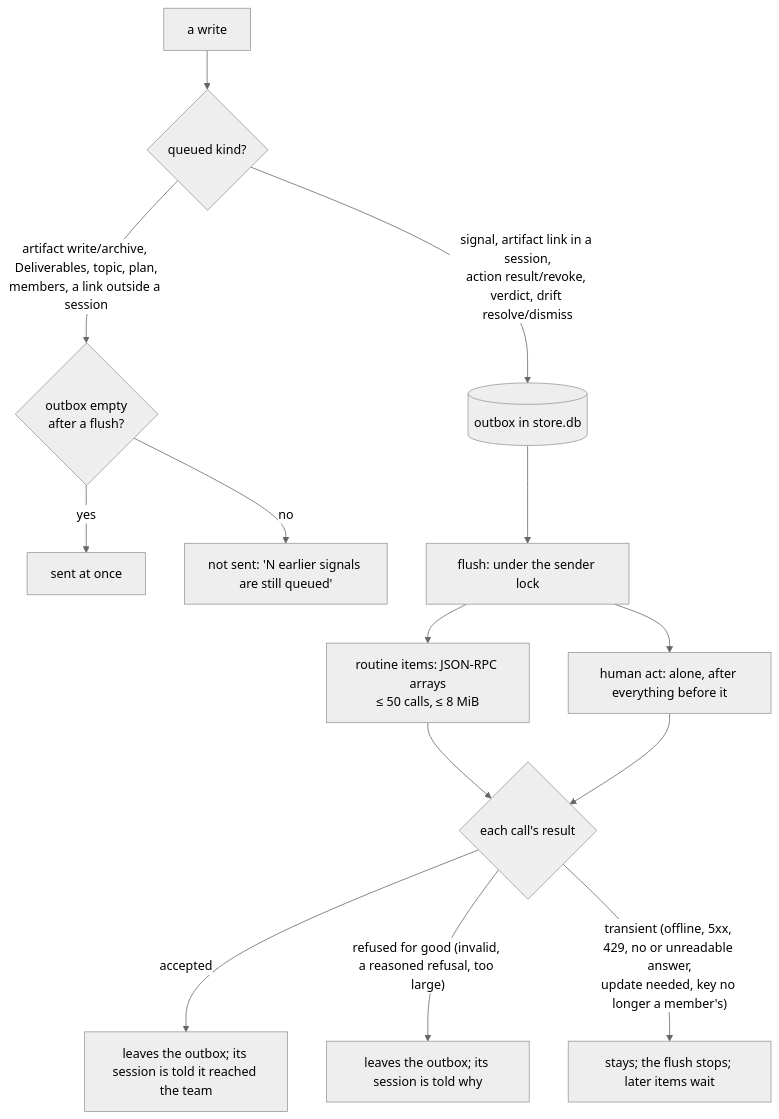
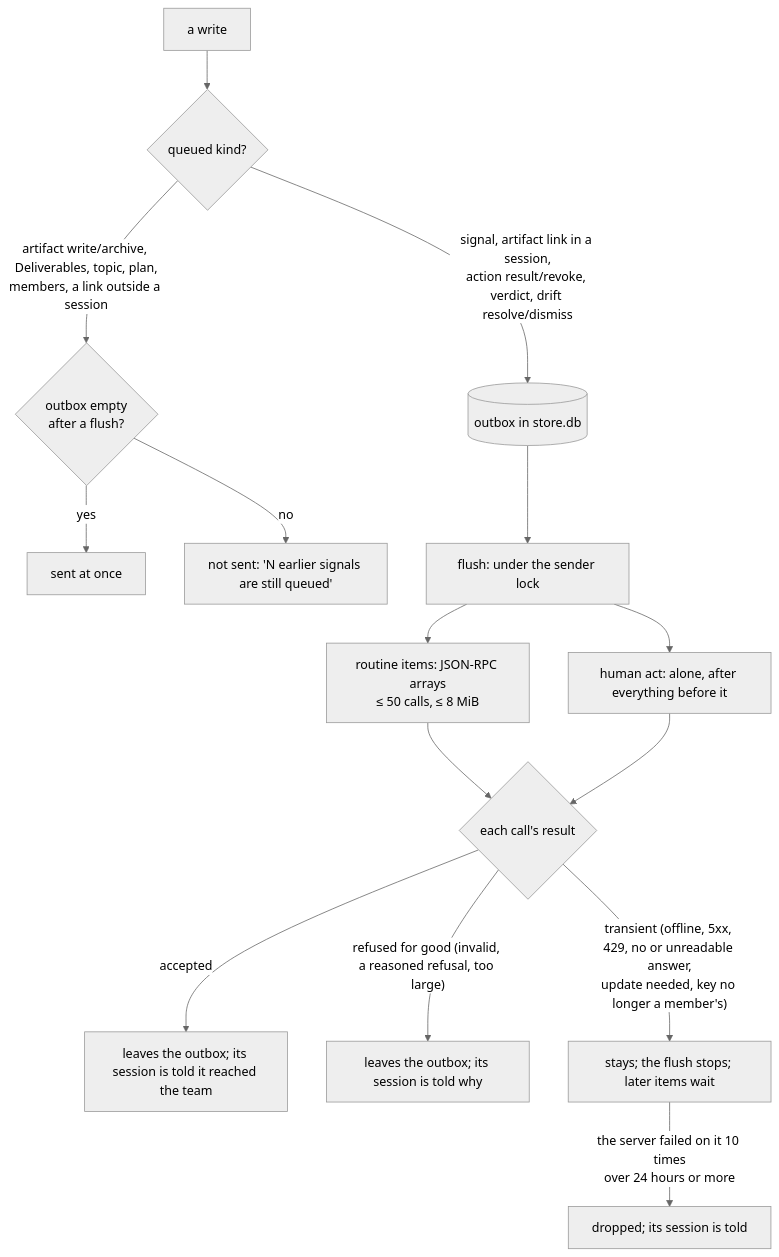
One commit to vutran1710/teamflow-cli changed the second of 2 diagrams in README.md. Above: the diagram before and after it, drawn with Mermaid (neutral theme). The commit also changed other lines of this file, not shown here.

````diff
--- a/README.md
+++ b/README.md
@@ -194,16 +194,17 @@
 ```mermaid
 flowchart TD
     W[a write] --> Q{queued kind?}
     Q -- "signal, artifact link in a session,<br/>action result/revoke, verdict, drift resolve/dismiss" --> OB[(outbox in store.db)]
     Q -- "artifact write/archive, Deliverables, topic, plan,<br/>members, a link outside a session" --> G{outbox empty<br/>after a flush?}
     G -- yes --> SEND[sent at once]
     G -- no --> NS[not sent: 'N earlier signals are still queued']
     OB --> F[flush: under the sender lock]
     F --> B[routine items: JSON-RPC arrays<br/>≤ 50 calls, ≤ 8 MiB]
     F --> H[human act: alone, after everything before it]
     B --> R{each call's result}
     H --> R
     R -- accepted --> D[leaves the outbox; its session is told it reached the team]
     R -- "refused for good (invalid, a reasoned refusal, too large)" --> X[leaves the outbox; its session is told why]
     R -- "transient (offline, 5xx, 429, no or unreadable answer,<br/>update needed, key no longer a member's)" --> STOP[stays; the flush stops; later items wait]
+    STOP -- "the server failed on it 10 times<br/>over 24 hours or more" --> GU[dropped; its session is told]
 ```
````
